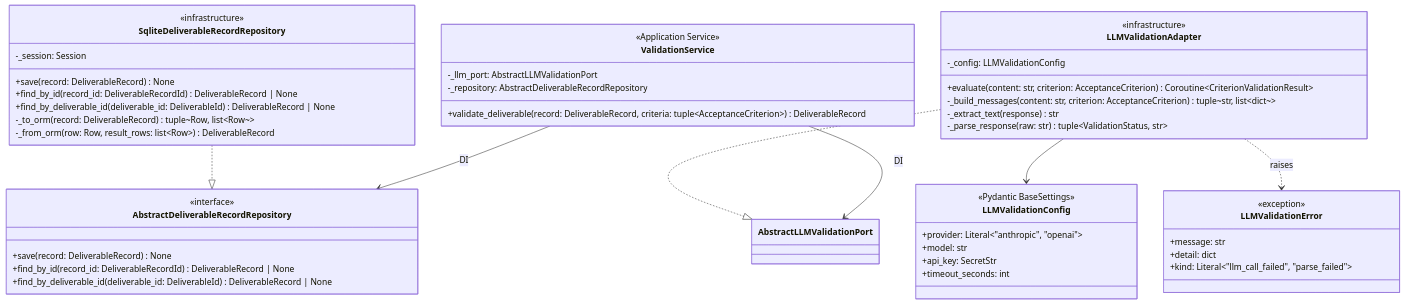
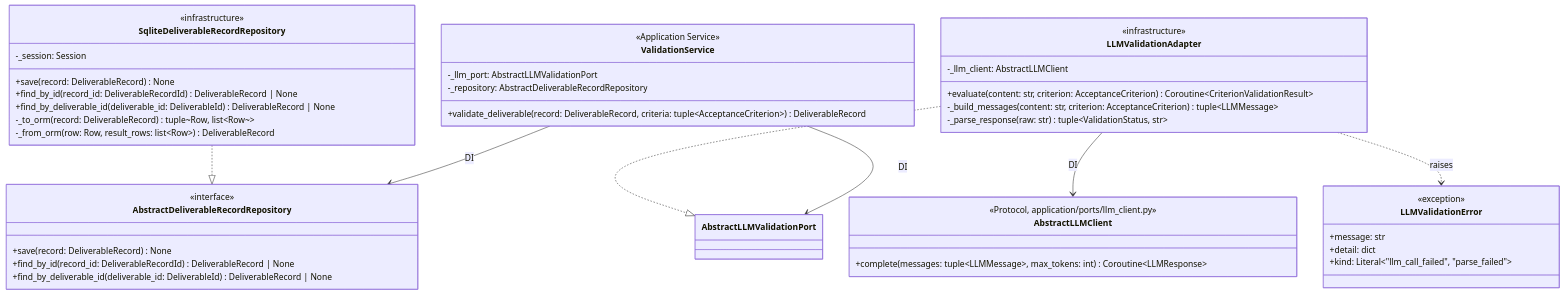
Before and after one commit to bakufu-dev/bakufu: the diagram in docs/features/deliverable-template/ai-validation/detailed-design.md, drawn with Mermaid. The commit also changed other lines of this file and 2 other files, not shown here.

First line of the commit message:
docs(ai-validation): AbstractLLMClient DI 注入に整合する設計書更新（Issue #123）

````diff
--- a/docs/features/deliverable-template/ai-validation/detailed-design.md
+++ b/docs/features/deliverable-template/ai-validation/detailed-design.md
@@ -22,57 +22,53 @@
 ```mermaid
 classDiagram
     class ValidationService {
         <<Application Service>>
         -_llm_port: AbstractLLMValidationPort
         -_repository: AbstractDeliverableRecordRepository
         +validate_deliverable(record: DeliverableRecord, criteria: tuple~AcceptanceCriterion~) DeliverableRecord
     }
 
     class LLMValidationAdapter {
         <<infrastructure>>
-        -_config: LLMValidationConfig
+        -_llm_client: AbstractLLMClient
         +evaluate(content: str, criterion: AcceptanceCriterion) Coroutine~CriterionValidationResult~
-        -_build_messages(content: str, criterion: AcceptanceCriterion) tuple~str, list~dict~~
-        -_extract_text(response) str
+        -_build_messages(content: str, criterion: AcceptanceCriterion) tuple~LLMMessage~
         -_parse_response(raw: str) tuple~ValidationStatus, str~
     }
 
-    class LLMValidationConfig {
-        <<Pydantic BaseSettings>>
-        +provider: Literal~"anthropic", "openai"~
-        +model: str
-        +api_key: SecretStr
-        +timeout_seconds: int
+    class AbstractLLMClient {
+        <<Protocol, application/ports/llm_client.py>>
+        +complete(messages: tuple~LLMMessage~, max_tokens: int) Coroutine~LLMResponse~
     }
 
     class AbstractDeliverableRecordRepository {
         <<interface>>
         +save(record: DeliverableRecord) None
         +find_by_id(record_id: DeliverableRecordId) DeliverableRecord | None
         +find_by_deliverable_id(deliverable_id: DeliverableId) DeliverableRecord | None
     }
 
     class SqliteDeliverableRecordRepository {
         <<infrastructure>>
         -_session: Session
         +save(record: DeliverableRecord) None
         +find_by_id(record_id: DeliverableRecordId) DeliverableRecord | None
         +find_by_deliverable_id(deliverable_id: DeliverableId) DeliverableRecord | None
         -_to_orm(record: DeliverableRecord) tuple~Row, list~Row~~
         -_from_orm(row: Row, result_rows: list~Row~) DeliverableRecord
     }
 
     class LLMValidationError {
         <<exception>>
         +message: str
         +detail: dict
         +kind: Literal~"llm_call_failed", "parse_failed"~
     }
 
     ValidationService --> AbstractLLMValidationPort : DI
     ValidationService --> AbstractDeliverableRecordRepository : DI
     LLMValidationAdapter ..|> AbstractLLMValidationPort
-    LLMValidationAdapter --> LLMValidationConfig
+    LLMValidationAdapter --> AbstractLLMClient : DI
     LLMValidationAdapter ..> LLMValidationError : raises
     SqliteDeliverableRecordRepository ..|> AbstractDeliverableRecordRepository
 ```
````
